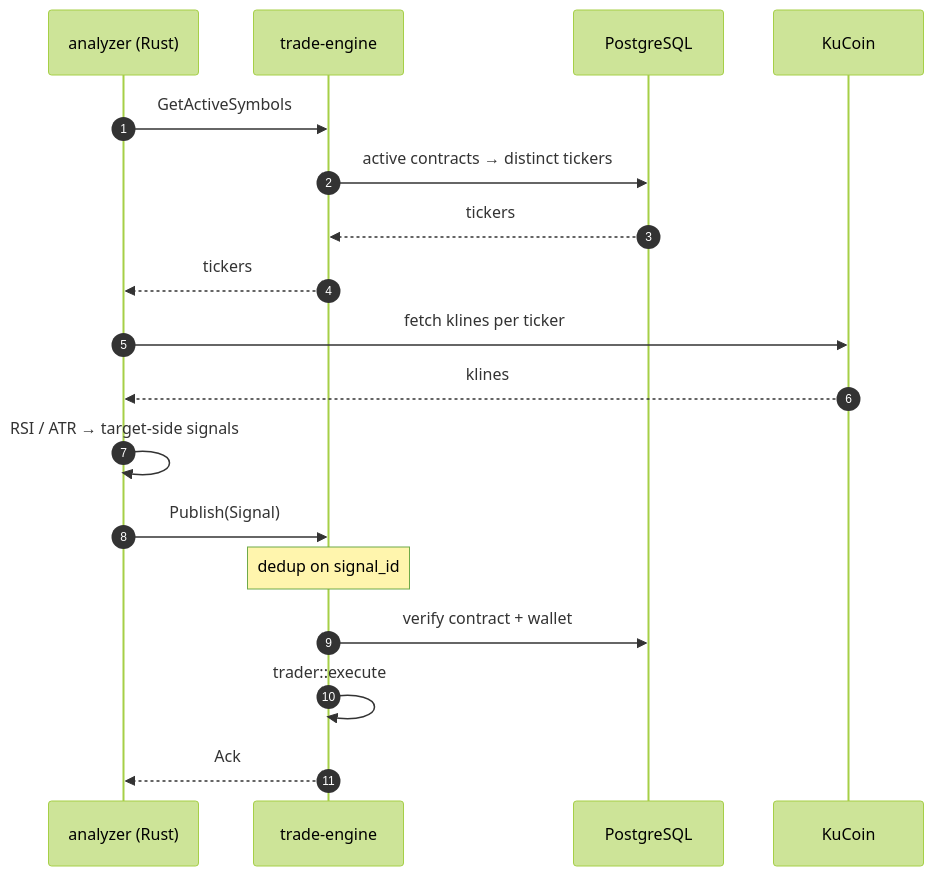
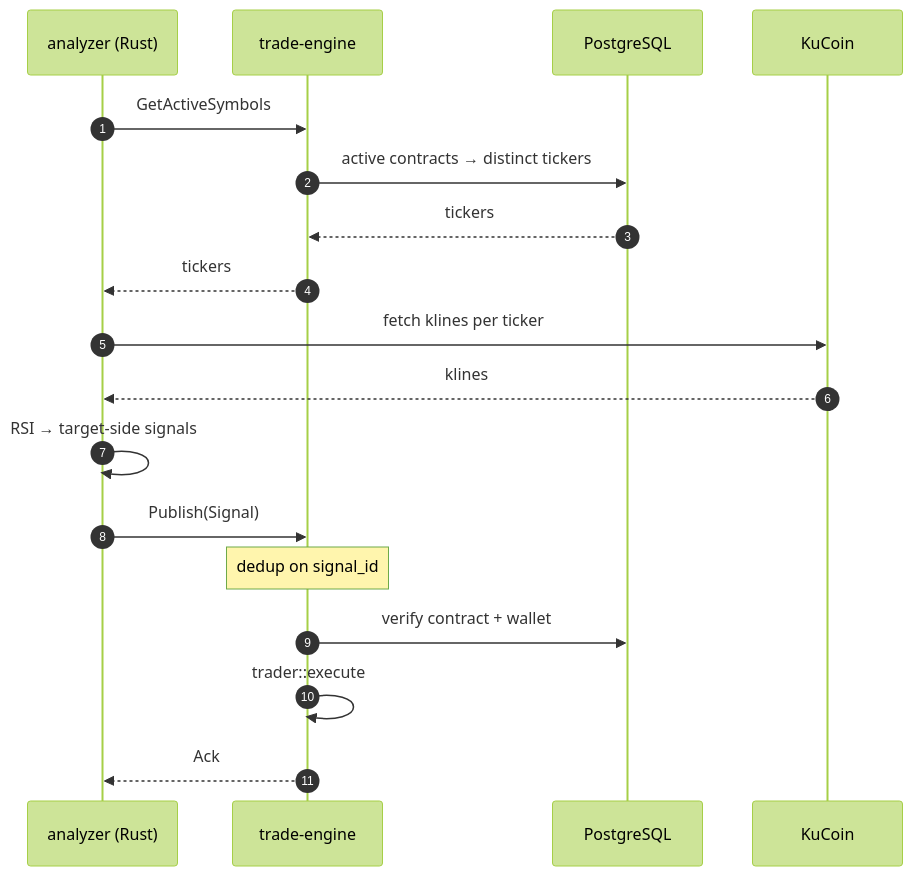
One commit to N-Choo/CoinBot.v3 changed the third of 7 diagrams in process/trade-engine/README.md. Above: the diagram before and after it, drawn with Mermaid (forest theme). The commit also changed other lines of this file and 521 other files, not shown here.

````diff
--- a/process/trade-engine/README.md
+++ b/process/trade-engine/README.md
@@ -117,20 +113,20 @@
 ```mermaid
 sequenceDiagram
     autonumber
     participant A as analyzer (Rust)
     participant TE as trade-engine
     participant DB as PostgreSQL
     participant K as KuCoin
     A->>TE: GetActiveSymbols
     TE->>DB: active contracts → distinct tickers
     DB-->>TE: tickers
     TE-->>A: tickers
     A->>K: fetch klines per ticker
     K-->>A: klines
-    A->>A: RSI / ATR → target-side signals
+    A->>A: RSI → target-side signals
     A->>TE: Publish(Signal)
     Note over TE: dedup on signal_id
     TE->>DB: verify contract + wallet
     TE->>TE: trader::execute
     TE-->>A: Ack
 ```
````
